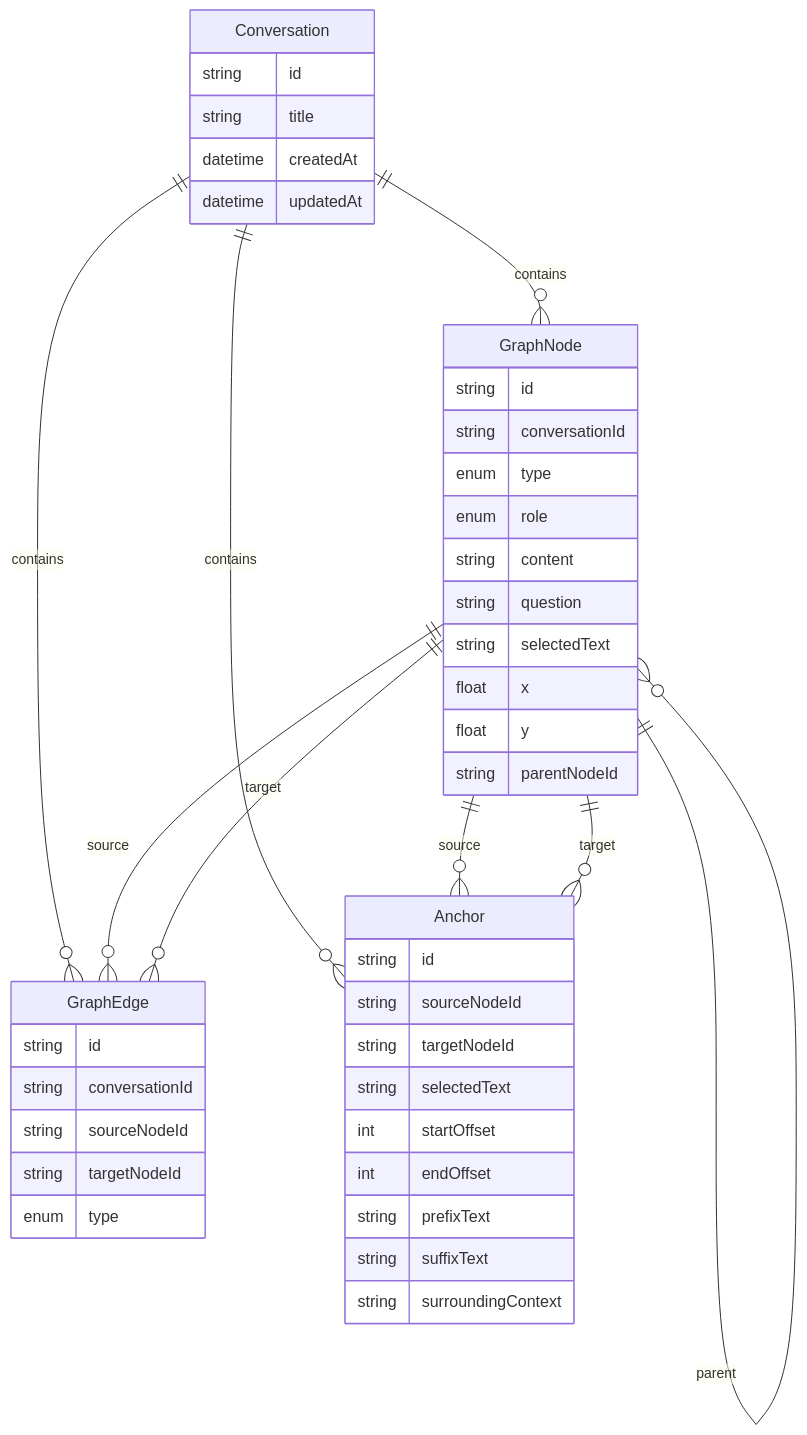
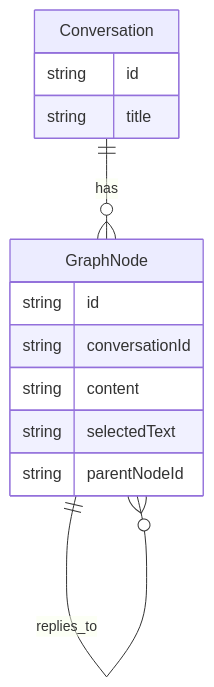
One commit to mohitxya/GraphChat changed the diagram in README.md. Above: the diagram before and after it, drawn with Mermaid. The commit also changed other lines of this file and 1 other file, not shown here.

Commit message:
mermaid error fix

````diff
--- a/README.md
+++ b/README.md
@@ -66,51 +51,18 @@
 ```mermaid
 erDiagram
-  Conversation ||--o{ GraphNode : contains
-  Conversation ||--o{ GraphEdge : contains
-  Conversation ||--o{ Anchor : contains
-  GraphNode ||--o{ GraphNode : parent
-  GraphNode ||--o{ GraphEdge : source
-  GraphNode ||--o{ GraphEdge : target
-  GraphNode ||--o{ Anchor : source
-  GraphNode ||--o{ Anchor : target
+  Conversation ||--o{ GraphNode : has
+  GraphNode ||--o{ GraphNode : replies_to
 
   Conversation {
     string id
     string title
-    datetime createdAt
-    datetime updatedAt
   }
 
   GraphNode {
     string id
     string conversationId
-    enum type
-    enum role
     string content
-    string question
     string selectedText
-    float x
-    float y
     string parentNodeId
   }
-
-  GraphEdge {
-    string id
-    string conversationId
-    string sourceNodeId
-    string targetNodeId
-    enum type
-  }
-
-  Anchor {
-    string id
-    string sourceNodeId
-    string targetNodeId
-    string selectedText
-    int startOffset
-    int endOffset
-    string prefixText
-    string suffixText
-    string surroundingContext
-  }
 ```
````
